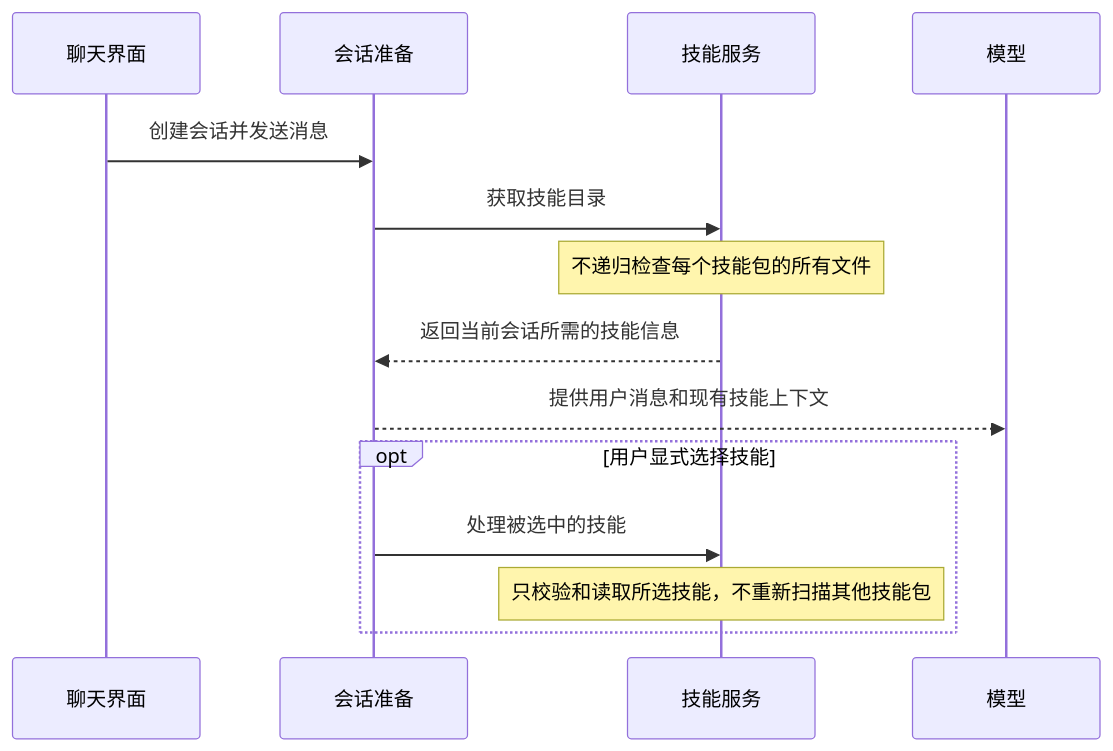
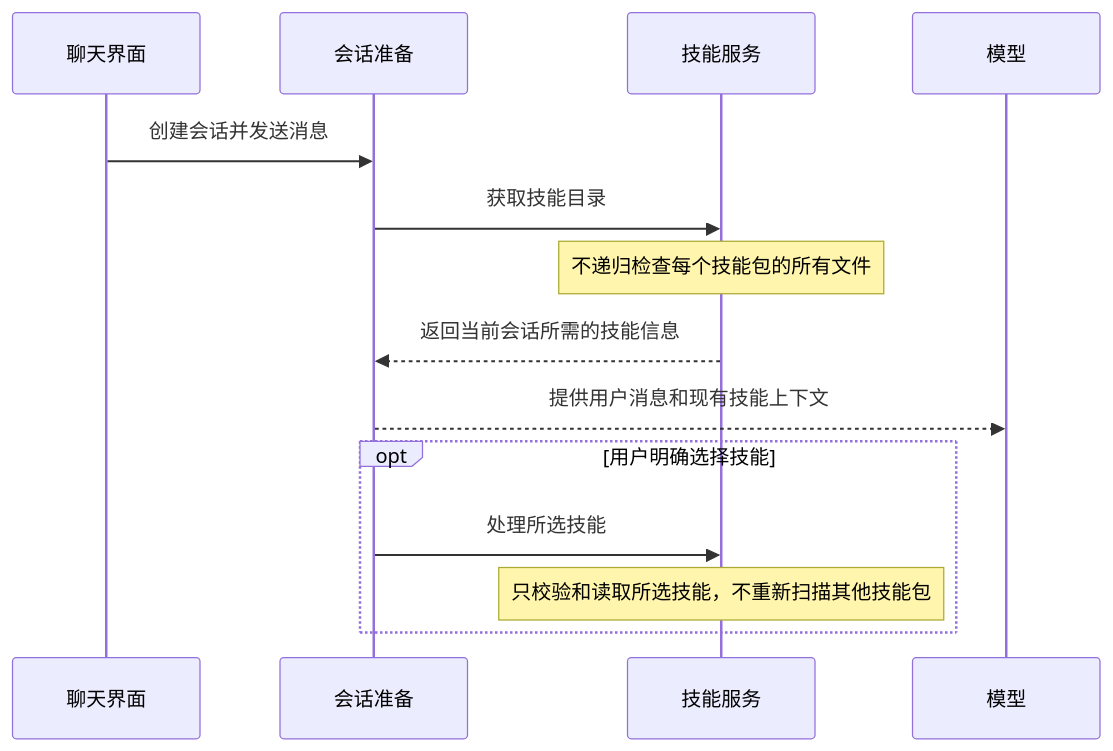
The diagram in docs/specs/feature-004-skill-lazy-loading.md (useLexora/Lexora), drawn with Mermaid before and after one commit. The commit also changed other lines of this file, not shown here.

````diff
--- a/docs/specs/feature-004-skill-lazy-loading.md
+++ b/docs/specs/feature-004-skill-lazy-loading.md
@@ -42,17 +41,17 @@
 ```mermaid
 sequenceDiagram
     participant UI as 聊天界面
     participant Session as 会话准备
     participant Skills as 技能服务
     participant Model as 模型
 
     UI->>Session: 创建会话并发送消息
     Session->>Skills: 获取技能目录
     Note over Skills: 不递归检查每个技能包的所有文件
     Skills-->>Session: 返回当前会话所需的技能信息
     Session-->>Model: 提供用户消息和现有技能上下文
-    opt 用户显式选择技能
-        Session->>Skills: 处理被选中的技能
+    opt 用户明确选择技能
+        Session->>Skills: 处理所选技能
         Note over Skills: 只校验和读取所选技能，不重新扫描其他技能包
     end
 ```
````
